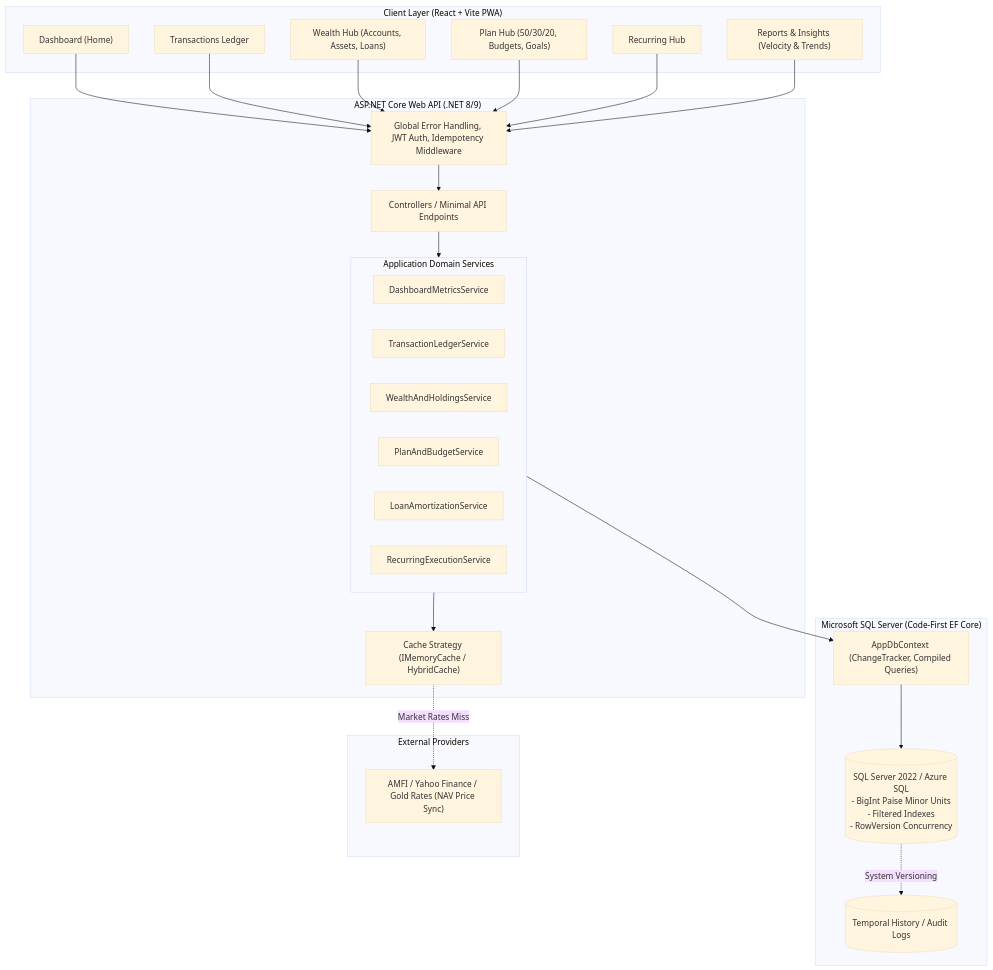
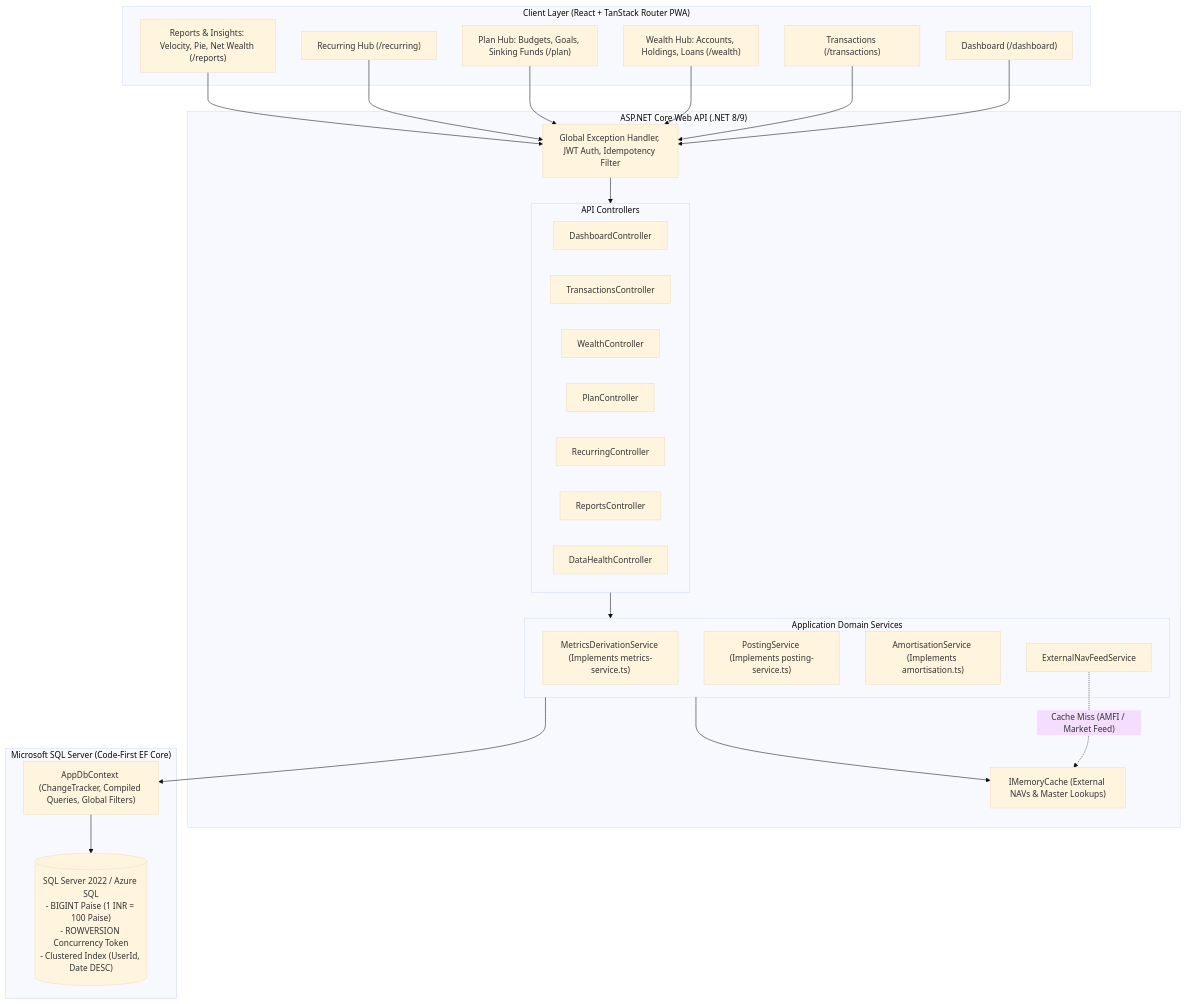
One commit to AbhishekHingmire/daily-finance-garden changed the diagram in docs/backend-api-specification.md. Above: the diagram before and after it, drawn with Mermaid (base theme). The commit also changed other lines of this file, not shown here.

Commit message:
docs: align backend specification with frontend canonical domain models and test invariants

````diff
--- a/docs/backend-api-specification.md
+++ b/docs/backend-api-specification.md
@@ -19,46 +23,47 @@
 ```mermaid
 flowchart TD
-    subgraph ClientLayer ["Client Layer (React + Vite PWA)"]
-        UI_Dash["Dashboard (Home)"]
-        UI_Tx["Transactions Ledger"]
-        UI_Wealth["Wealth Hub (Accounts, Assets, Loans)"]
-        UI_Plan["Plan Hub (50/30/20, Budgets, Goals)"]
-        UI_Rec["Recurring Hub"]
-        UI_Reports["Reports & Insights (Velocity & Trends)"]
+    subgraph ClientLayer ["Client Layer (React + TanStack Router PWA)"]
+        UI_Dash["Dashboard (/dashboard)"]
+        UI_Tx["Transactions (/transactions)"]
+        UI_Wealth["Wealth Hub: Accounts, Holdings, Loans (/wealth)"]
+        UI_Plan["Plan Hub: Budgets, Goals, Sinking Funds (/plan)"]
+        UI_Rec["Recurring Hub (/recurring)"]
+        UI_Reports["Reports & Insights: Velocity, Pie, Net Wealth (/reports)"]
     end
 
     subgraph ApiLayer ["ASP.NET Core Web API (.NET 8/9)"]
-        Middleware["Global Error Handling, JWT Auth, Idempotency Middleware"]
-        Controllers["Controllers / Minimal API Endpoints"]
+        Middleware["Global Exception Handler, JWT Auth, Idempotency Filter"]
         
-        subgraph Services ["Application Domain Services"]
-            DashboardSvc["DashboardMetricsService"]
-            TxSvc["TransactionLedgerService"]
-            WealthSvc["WealthAndHoldingsService"]
-            PlanSvc["PlanAndBudgetService"]
-            LoanSvc["LoanAmortizationService"]
-            RecurringSvc["RecurringExecutionService"]
+        subgraph Controllers ["API Controllers"]
+            DashCtrl["DashboardController"]
+            TxCtrl["TransactionsController"]
+            WealthCtrl["WealthController"]
+            PlanCtrl["PlanController"]
+            RecCtrl["RecurringController"]
+            ReportsCtrl["ReportsController"]
+            HealthCtrl["DataHealthController"]
         end
 
-        CacheManager["Cache Strategy (IMemoryCache / HybridCache)"]
+        subgraph Services ["Application Domain Services"]
+            MetricsSvc["MetricsDerivationService (Implements metrics-service.ts)"]
+            PostingSvc["PostingService (Implements posting-service.ts)"]
+            AmortSvc["AmortisationService (Implements amortisation.ts)"]
+            NavFeedSvc["ExternalNavFeedService"]
+        end
+
+        Cache["IMemoryCache (External NAVs & Master Lookups)"]
     end
 
     subgraph DataLayer ["Microsoft SQL Server (Code-First EF Core)"]
-        EFCore["AppDbContext (ChangeTracker, Compiled Queries)"]
-        SQLServer[("SQL Server 2022 / Azure SQL\n- BigInt Paise Minor Units\n- Filtered Indexes\n- RowVersion Concurrency")]
-        AuditHistory[("Temporal History / Audit Logs")]
-    end
-
-    subgraph ExternalServices ["External Providers"]
-        NavFeed["AMFI / Yahoo Finance / Gold Rates (NAV Price Sync)"]
+        AppDbContext["AppDbContext (ChangeTracker, Compiled Queries, Global Filters)"]
+        SQLServer[("SQL Server 2022 / Azure SQL\n- BIGINT Paise (1 INR = 100 Paise)\n- ROWVERSION Concurrency Token\n- Clustered Index (UserId, Date DESC)")]
     end
 
     UI_Dash & UI_Tx & UI_Wealth & UI_Plan & UI_Rec & UI_Reports --> Middleware
     Middleware --> Controllers
     Controllers --> Services
-    Services --> EFCore
-    Services --> CacheManager
-    CacheManager -. Market Rates Miss .-> NavFeed
-    EFCore --> SQLServer
-    SQLServer -. System Versioning .-> AuditHistory
+    Services --> Cache
+    Services --> AppDbContext
+    AppDbContext --> SQLServer
+    NavFeedSvc -. Cache Miss (AMFI / Market Feed) .-> Cache
 ```
````
